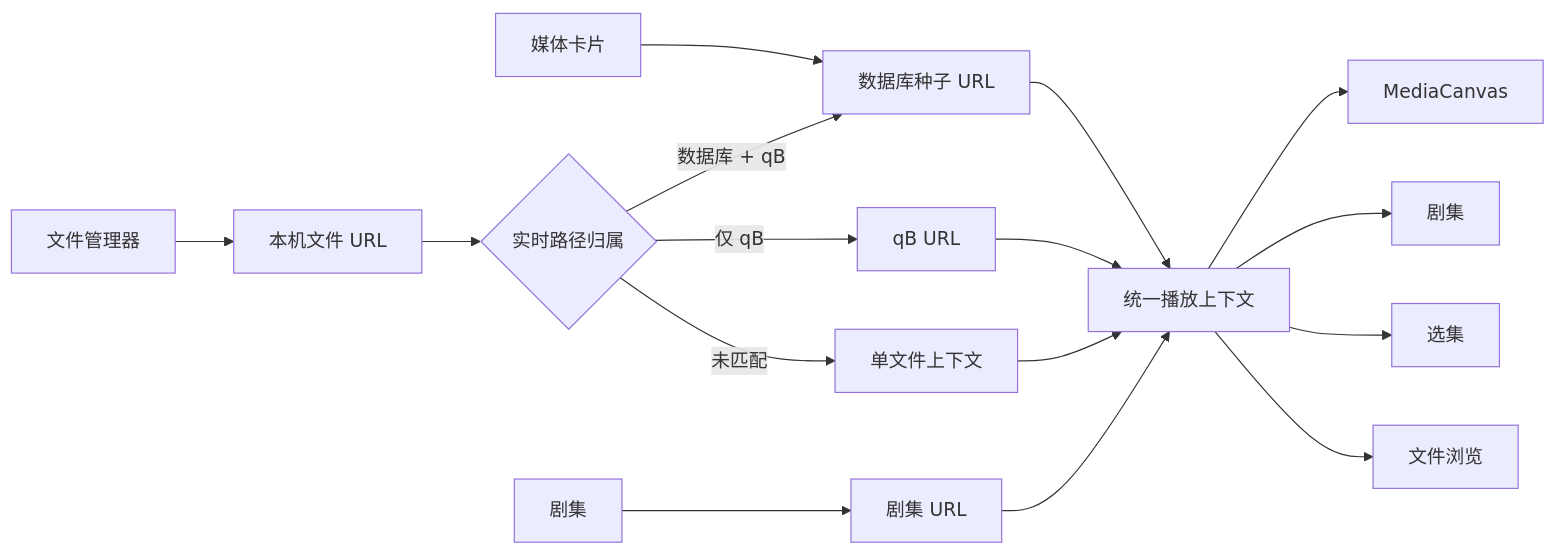
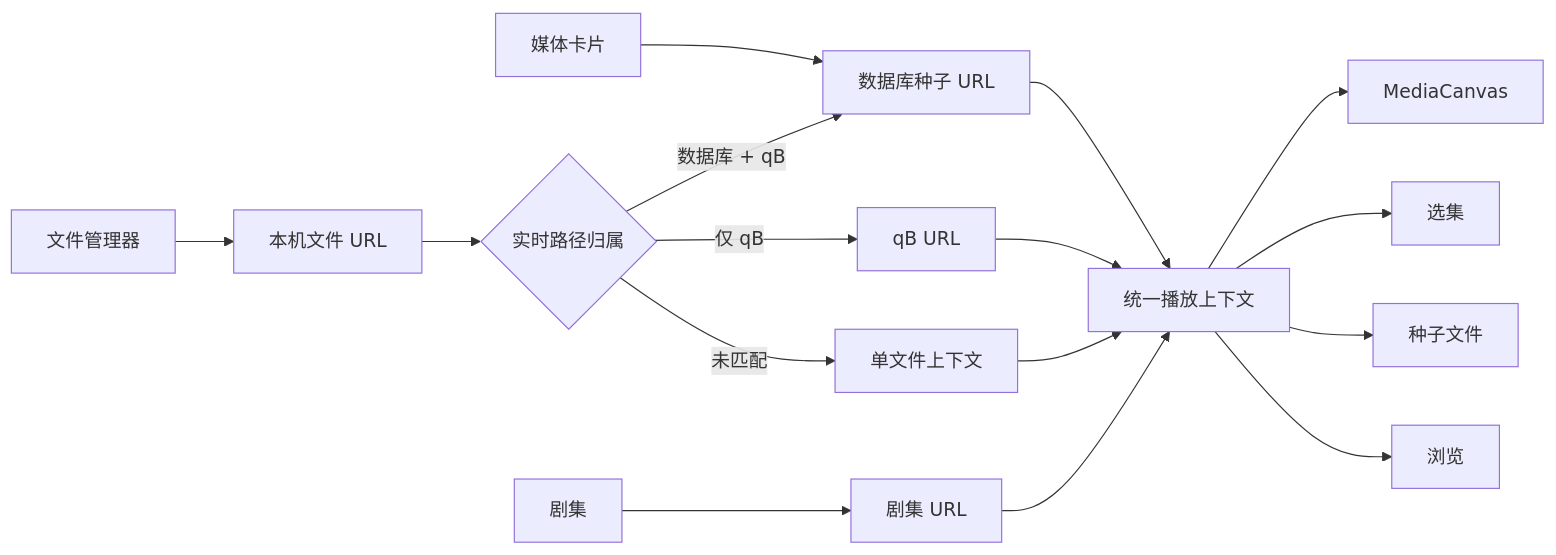
One commit to Huffer342-WSH/NexusBridge changed the first of 2 diagrams in docs/modules/playback.md. Above: the diagram before and after it, drawn with Mermaid. The commit also changed other lines of this file and 9 other files, not shown here.

````diff
--- a/docs/modules/playback.md
+++ b/docs/modules/playback.md
@@ -26,18 +26,18 @@
 ```mermaid
 flowchart LR
     Card[媒体卡片] --> TorrentRoute[数据库种子 URL]
     Manager[文件管理器] --> FileRoute[本机文件 URL]
     Series[剧集] --> SeriesRoute[剧集 URL]
     FileRoute --> Match{实时路径归属}
     Match -->|数据库 + qB| TorrentRoute
     Match -->|仅 qB| QBRoute[qB URL]
     Match -->|未匹配| Local[单文件上下文]
     TorrentRoute --> Context[统一播放上下文]
     QBRoute --> Context
     Local --> Context
     SeriesRoute --> Context
     Context --> Canvas[MediaCanvas]
-    Context --> SeriesFiles[剧集]
-    Context --> Episodes[选集]
-    Context --> Browser[文件浏览]
+    Context --> SeriesFiles[选集]
+    Context --> Episodes[种子文件]
+    Context --> Browser[浏览]
 ```
````
